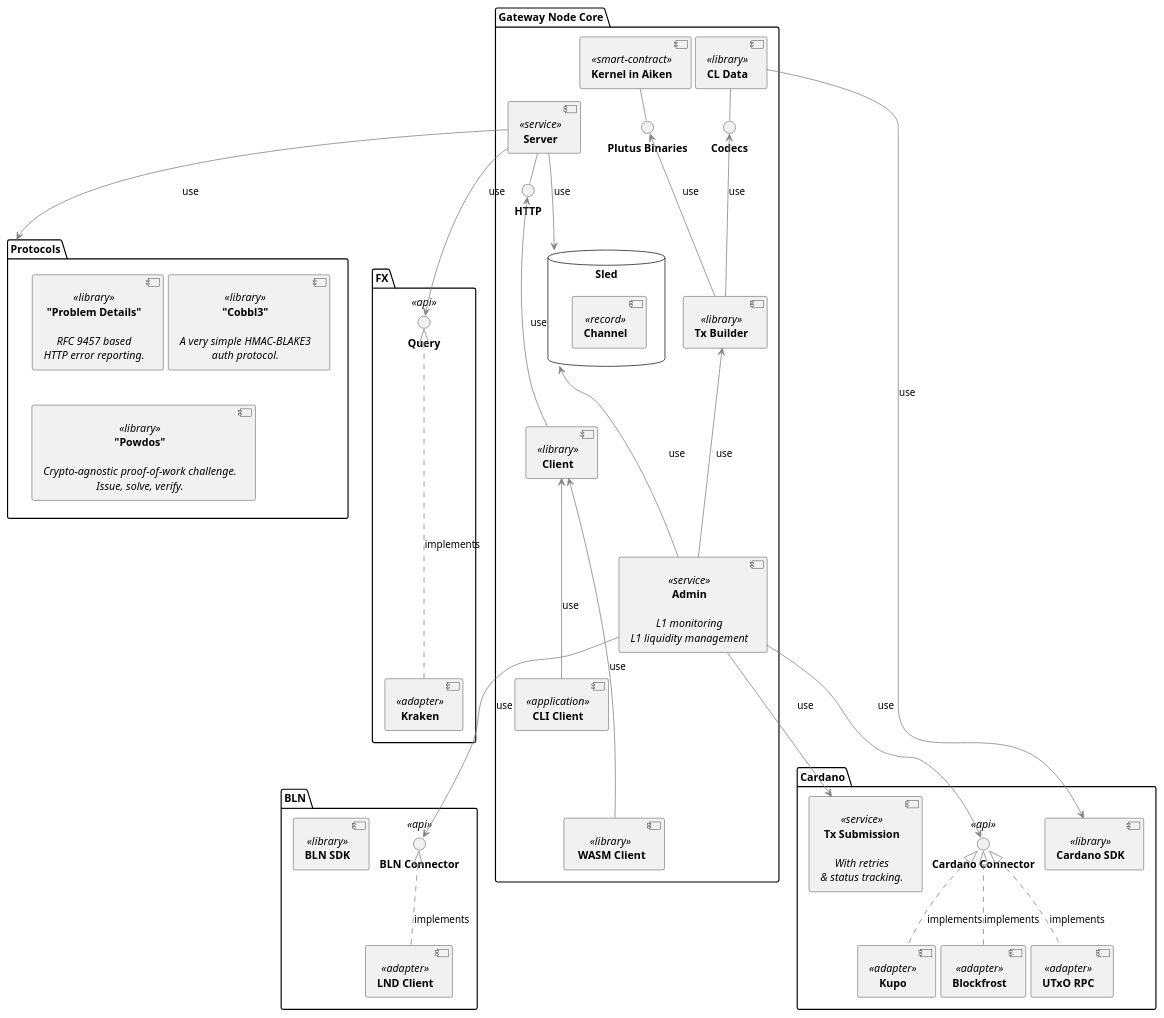
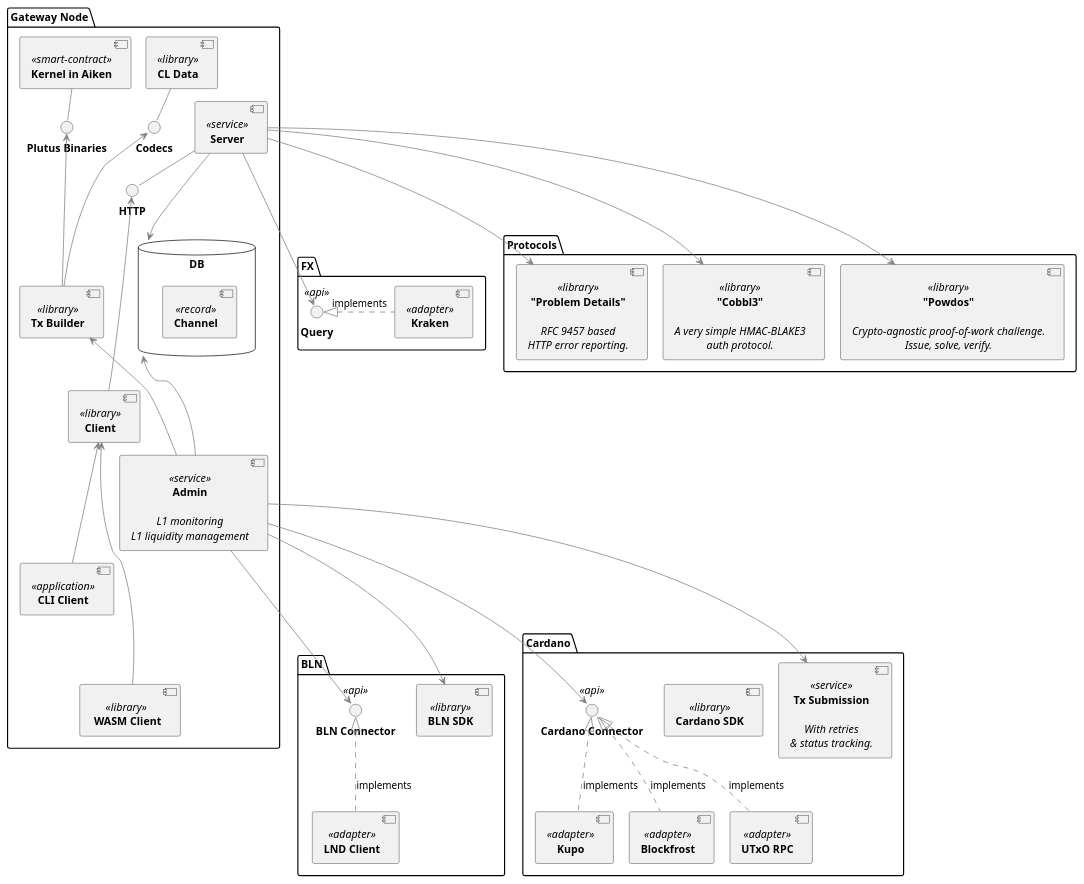
The diagram in milestone-3/konduit/components-3.0.puml (cardano-lightning/cardano-lightning), drawn with PlantUML before and after one commit. The commit also changed 2 other files, not shown here.

```diff
--- a/milestone-3/konduit/components-3.0.puml
+++ b/milestone-3/konduit/components-3.0.puml
@@ -1,151 +1,157 @@
 @startuml
 skinparam componentStyle uml2
 skinparam shadowing false
-skinparam nodesep 6
-skinparam ranksep 5
+skinparam nodesep 20
+skinparam ranksep 10
+
 
 <style>
 component {
     HorizontalAlignment center   /* works in many cases */
 }
 arrow {
     LineColor gray
     LineThickness 1
 }
 
 </style>
 
-package "Gateway Node Core" as CLNode {
-    database Sled as DB {
+package "Gateway Node" as CLNode {
+    database DB as DB {
       component ChannelInfo <<record>> [
         <b>Channel
       ]
     }
 
     component Server <<service>> [
         <b>Server
     ]
-    Server -d--> DB: use
+    Server -d--> DB
 
     interface "<b>HTTP" as HTTP
     component Client <<library>> [
       <b>Client
     ]
     component CLI <<application>> [
       <b>CLI Client
     ]
     component WASM <<library>> [
       <b> WASM Client
     ]
-    CLI -u--> Client: use
-    WASM -u---> Client: use
-    Client -u-->HTTP: use
+    CLI -u--> Client
+    WASM -u---> Client
+    Client -u-->HTTP
     Server -d- HTTP
 
     component Kernel <<smart-contract>> [
       <b>Kernel in Aiken
     ]
     interface "<b>Plutus Binaries" as PlutusBinaries
     PlutusBinaries -u- Kernel
 
     component TxBuilder <<library>> [
         <b>Tx Builder
     ]
 
-    TxBuilder -u--> PlutusBinaries: use
+    TxBuilder -u--> PlutusBinaries
 
     component CLData <<library>> [
       <b>CL Data
     ]
 
     interface "<b>Codecs" as Codecs
 
     Codecs -u- CLData
 
-    TxBuilder -u--> Codecs: use
+    TxBuilder -u--> Codecs
 
     component Admin <<service>> [
       <b>Admin
 
       <i>L1 monitoring
       <i>L1 liquidity management
     ]
 
-    Admin -u--> TxBuilder: use
+    Admin -u--> TxBuilder
 
-    Admin -u--> DB: use
+    Admin -u--> DB
+}
+
+package Protocols as Protocols {
+  component ProblemDetails <<library>> [
+    <b>"Problem Details"
+
+    <i>RFC 9457 based
+    <i>HTTP error reporting.
+  ]
+
+  component Cobbl3 <<library>> [
+    <b>"Cobbl3"
+
+    <i>A very simple HMAC-BLAKE3
+    <i>auth protocol.
+  ]
+
+  component Powdos <<library>> [
+    <b>"Powdos"
+
+    <i>Crypto-agnostic proof-of-work challenge.
+    <i>Issue, solve, verify.
+  ]
+
+}
+
+package "<b>FX</b>" as FX {
+  interface "<b>Query</b>" as FXAPI <<api>>
+  component "<b>Kraken</b>" as Kraken <<adapter>>
+  Kraken -l-..|> FXAPI: implements
 }
 
 
-  package Protocols as Protocols {
-    component ProblemDetails <<library>> [
-      <b>"Problem Details"
+  package "BLN" as BLN {
+    component "<b>BLN SDK</b>" as BLNSDK <<library>>
 
-      <i>RFC 9457 based
-      <i>HTTP error reporting.
-    ]
-
-    component Cobbl3 <<library>> [
-      <b>"Cobbl3"
-
-      <i>A very simple HMAC-BLAKE3
-      <i>auth protocol.
-    ]
-
-    component Powdos <<library>> [
-      <b>"Powdos"
-
-      <i>Crypto-agnostic proof-of-work challenge.
-      <i>Issue, solve, verify.
-    ]
-
-  }
-
-  package "<b>FX</b>" as FX {
-    interface "<b>Query</b>" as FXAPI <<api>>
-    component "<b>Kraken</b>" as Kraken <<adapter>>
-    Kraken -u-..|> FXAPI: implements
-  }
-
-  package Cardano as Cardano {
-    interface "<b>Cardano Connector</b>" as CardanoConnector <<api>>
-
-    component "<b>Blockfrost" as BlockfrostAdapter <<adapter>>
-    component "<b>UTxO RPC" as UTxORPCAdapter <<adapter>>
-    component "<b>Kupo" as KupoAdapter <<adapter>>
-
-    BlockfrostAdapter -u-..|> CardanoConnector: implements
-    UTxORPCAdapter -u-..|> CardanoConnector: implements
-    KupoAdapter -u-..|> CardanoConnector: implements
-
-    component CardanoSDK <<library>> [
-      <b>Cardano SDK</b>
-    ]
-
-    component TxSubmission <<service>> [
-      <b>Tx Submission
-
-      <i>With retries
-      <i>& status tracking.
-    ]
-  }
-
-  package "BLN" as BLN {
     interface "<b>BLN Connector</b>" as BLNConnector <<api>>
     component "<b>LND Client</b>" as LndAdapter <<adapter>>
     LndAdapter -u-..|> BLNConnector: implements
 
-    component "<b>BLN SDK</b>" <<library>>
   }
 
+package Cardano as Cardano {
+  interface "<b>Cardano Connector</b>" as CardanoConnector <<api>>
 
-CLData -d--> CardanoSDK: use
-'TxBuilder -d--> CardanoSDK: use
-Admin -d--> CardanoConnector: use
-Admin -d--> TxSubmission: use
-Admin -d--> BLNConnector: use
+  component "<b>Blockfrost" as BlockfrostAdapter <<adapter>>
+  component "<b>UTxO RPC" as UTxORPCAdapter <<adapter>>
+  component "<b>Kupo" as KupoAdapter <<adapter>>
 
-Server -d--> Protocols: use
-Server -d--> FXAPI: use
+  BlockfrostAdapter -u-..|> CardanoConnector: implements
+  UTxORPCAdapter -u-..|> CardanoConnector: implements
+  KupoAdapter -u-..|> CardanoConnector: implements
+
+  component CardanoSDK <<library>> [
+    <b>Cardano SDK</b>
+  ]
+
+  component TxSubmission <<service>> [
+    <b>Tx Submission
+
+    <i>With retries
+    <i>& status tracking.
+  ]
+}
+
+
+'CLData -d--> CardanoSDK
+'TxBuilder -d--> CardanoSDK
+Admin -d--> CardanoConnector
+Admin -d--> TxSubmission
+
+Admin -d--> BLNConnector
+Admin -d--> BLNSDK
+
+Server -d--> ProblemDetails
+Server -d--> Cobbl3
+Server -d--> Powdos
+Server -d--> FXAPI
 
 @enduml
```
